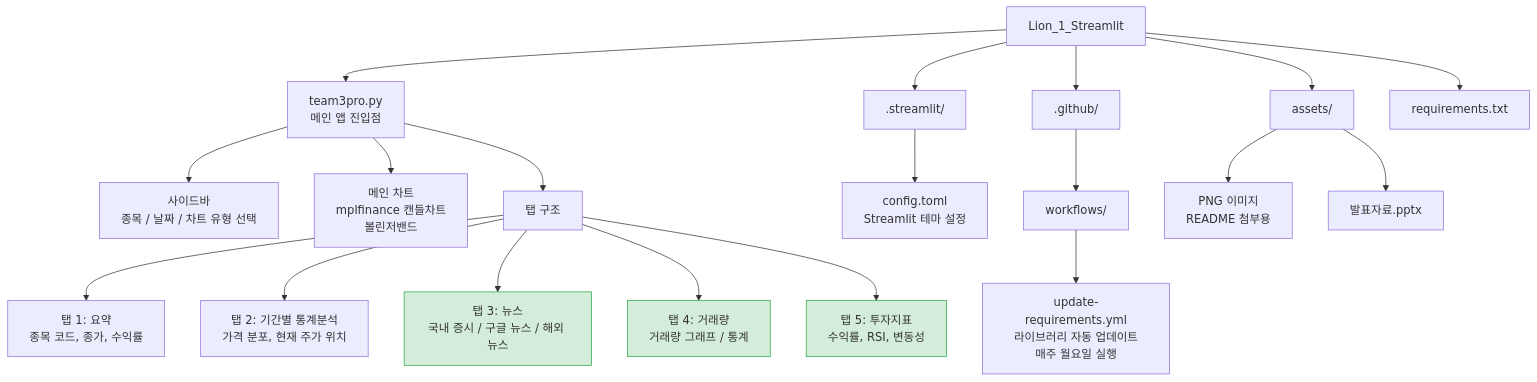
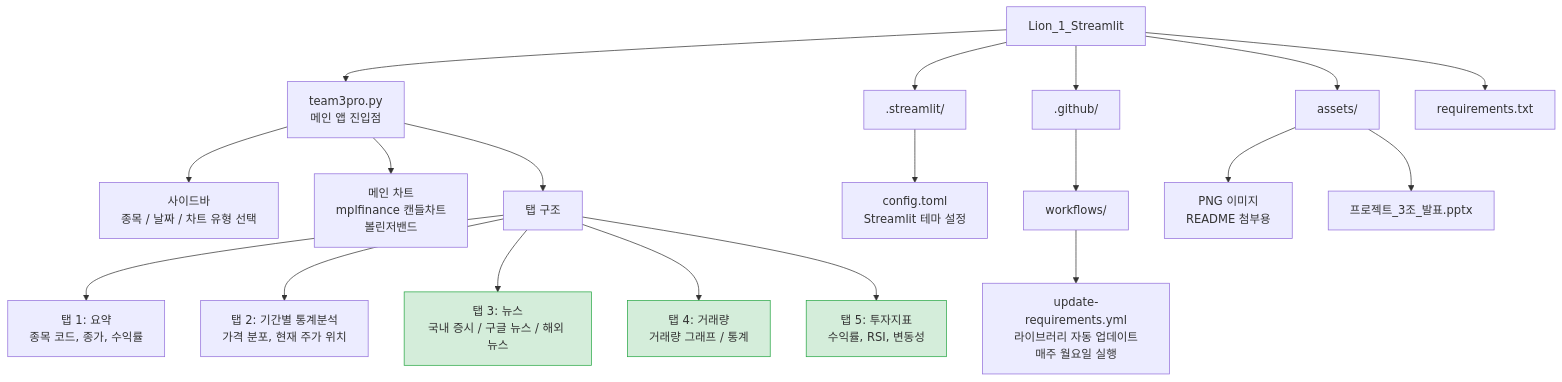
Before and after one commit to battlegroundcallofduty/Lion_1_Streamlit: the diagram in README.md, drawn with Mermaid. The commit also changed 1 other file, not shown here.

Commit message:
final readme

````diff
--- a/README.md
+++ b/README.md
@@ -53,30 +53,30 @@
 ```mermaid
 graph TD
     A[Lion_1_Streamlit] --> B[team3pro.py<br/>메인 앱 진입점]
     A --> C[.streamlit/]
     A --> D[.github/]
     A --> E[assets/]
     A --> F[requirements.txt]
 
     C --> C1[config.toml<br/>Streamlit 테마 설정]
 
     D --> D1[workflows/]
     D1 --> D2[update-requirements.yml<br/>라이브러리 자동 업데이트<br/>매주 월요일 실행]
 
     E --> E1[PNG 이미지<br/>README 첨부용]
-    E --> E2[발표자료.pptx]
+    E --> E2[프로젝트_3조_발표.pptx]
 
     B --> G[사이드바<br/>종목 / 날짜 / 차트 유형 선택]
     B --> H[메인 차트<br/>mplfinance 캔들차트<br/>볼린저밴드]
     B --> I[탭 구조]
 
     I --> T1[탭 1: 요약<br/>종목 코드, 종가, 수익률]
     I --> T2[탭 2: 기간별 통계분석<br/>가격 분포, 현재 주가 위치]
     I --> T3[탭 3: 뉴스<br/>국내 증시 / 구글 뉴스 / 해외 뉴스]
     I --> T4[탭 4: 거래량<br/>거래량 그래프 / 통계]
     I --> T5[탭 5: 투자지표<br/>수익률, RSI, 변동성]
 
     style T3 fill:#d4edda,stroke:#28a745
     style T4 fill:#d4edda,stroke:#28a745
     style T5 fill:#d4edda,stroke:#28a745
 ```
````
